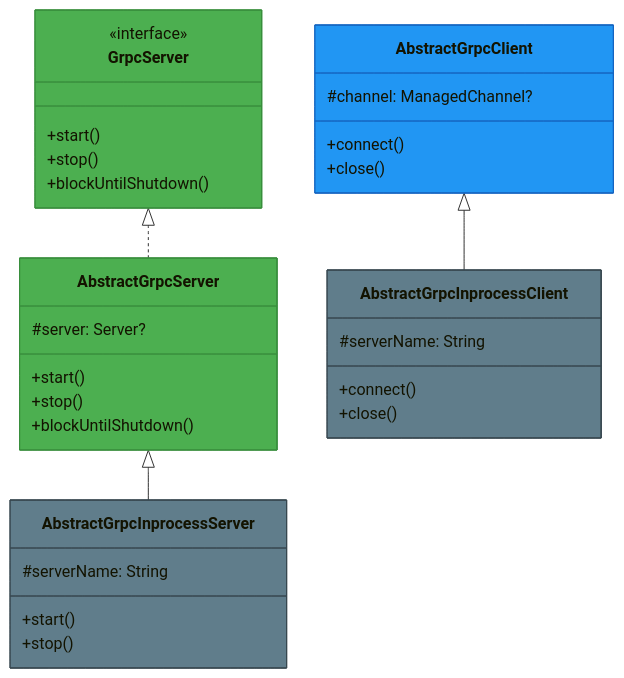
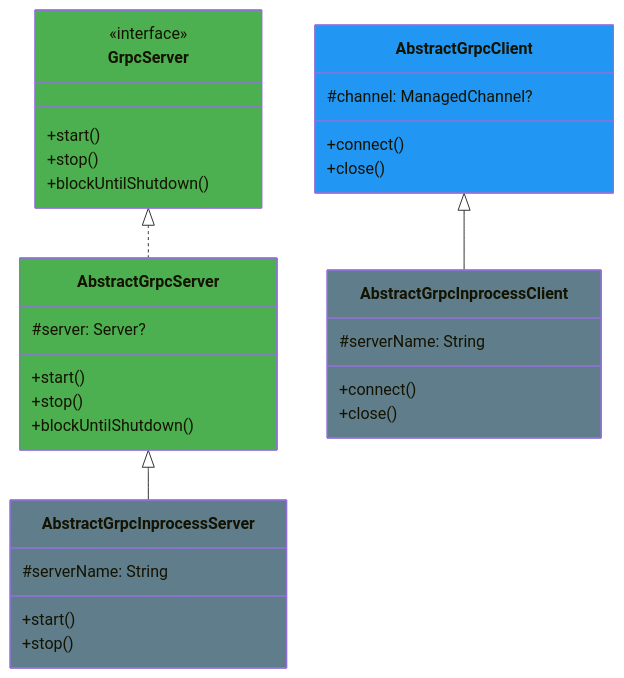
One commit to bluetape4k/bluetape4k-projects changed the first of 3 diagrams in io/grpc/README.md. Above: the diagram before and after it, drawn with Mermaid. The commit also changed 94 other files, not shown here.

First line of the commit message:
docs: Mermaid classDef에서 stroke:#색상 제거 (파서 오류 수정)

````diff
--- a/io/grpc/README.md
+++ b/io/grpc/README.md
@@ -144,42 +144,42 @@
 ```mermaid
 classDiagram
     class GrpcServer:::serverStyle {
         <<interface>>
         +start()
         +stop()
         +blockUntilShutdown()
     }
 
     class AbstractGrpcServer:::serverStyle {
         #server: Server?
         +start()
         +stop()
         +blockUntilShutdown()
     }
 
     class AbstractGrpcClient:::clientStyle {
         #channel: ManagedChannel?
         +connect()
         +close()
     }
 
     class AbstractGrpcInprocessServer:::infraStyle {
         #serverName: String
         +start()
         +stop()
     }
 
     class AbstractGrpcInprocessClient:::infraStyle {
         #serverName: String
         +connect()
         +close()
     }
 
     GrpcServer <|.. AbstractGrpcServer
     AbstractGrpcServer <|-- AbstractGrpcInprocessServer
     AbstractGrpcClient <|-- AbstractGrpcInprocessClient
 
-    classDef clientStyle fill:#2196F3,stroke:#1565C0
-    classDef serverStyle fill:#4CAF50,stroke:#388E3C
-    classDef infraStyle  fill:#607D8B,stroke:#37474F
+    classDef clientStyle fill:#2196F3
+    classDef serverStyle fill:#4CAF50
+    classDef infraStyle  fill:#607D8B
 ```
````
